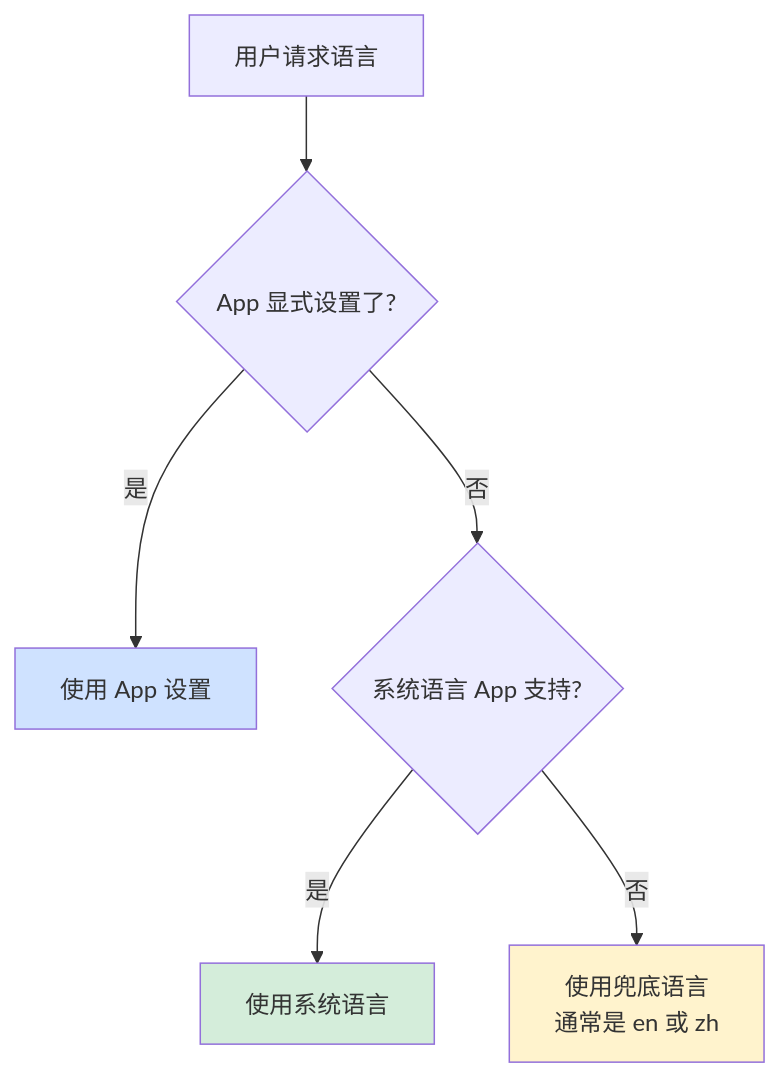
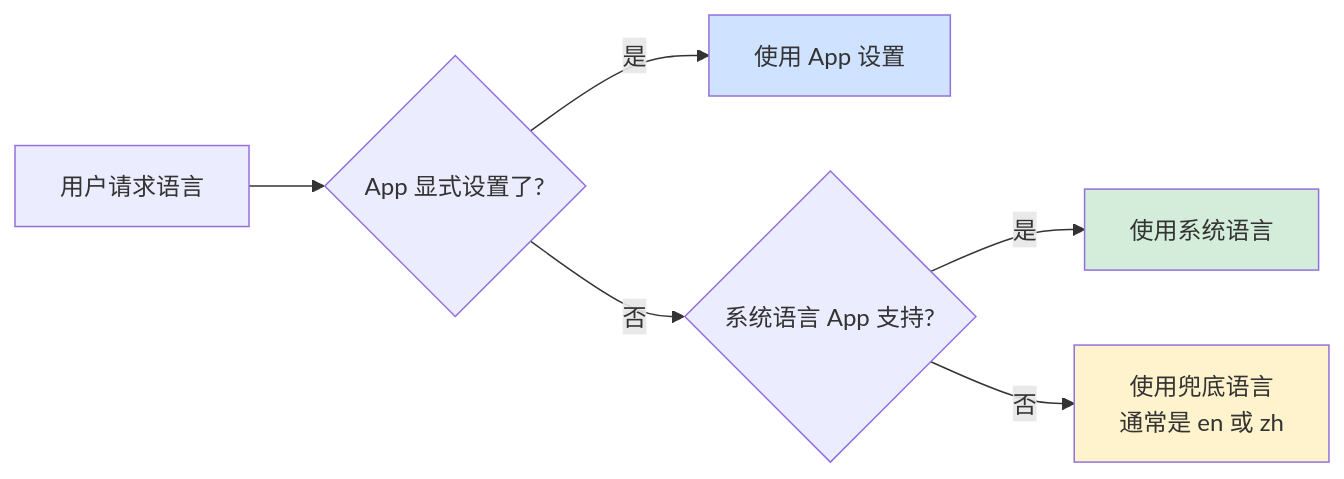
Before and after one commit to chongyang211/YCBookBlog: the second of 5 diagrams in docs/07.内功/06.交互和系统/10.国际化适配的设计.md, drawn with Mermaid. The commit also changed 1 other file, not shown here.

Commit message:
Locale 三要素

````diff
--- a/docs/07.内功/06.交互和系统/10.国际化适配的设计.md
+++ b/docs/07.内功/06.交互和系统/10.国际化适配的设计.md
@@ -234,12 +234,12 @@
 ```mermaid
-flowchart TD
+flowchart LR
     A[用户请求语言] --> B{App 显式设置了?}
     B -->|是| C[使用 App 设置]
     B -->|否| D{系统语言 App 支持?}
     D -->|是| E[使用系统语言]
     D -->|否| F[使用兜底语言<br/>通常是 en 或 zh]
     
     style C fill:#cfe2ff
     style E fill:#d4edda
     style F fill:#fff3cd
 ```
````
